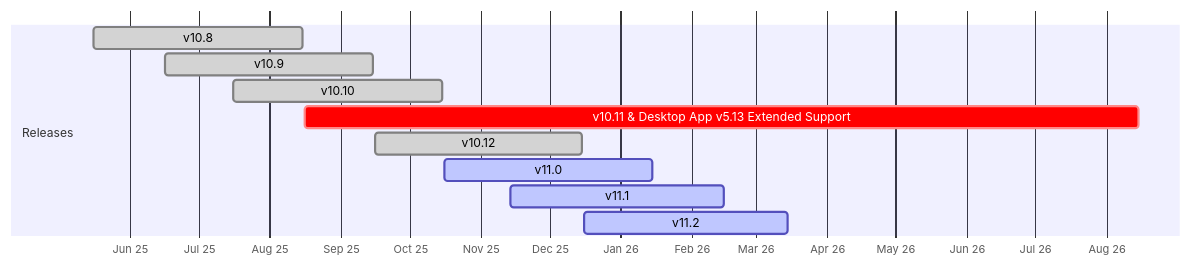
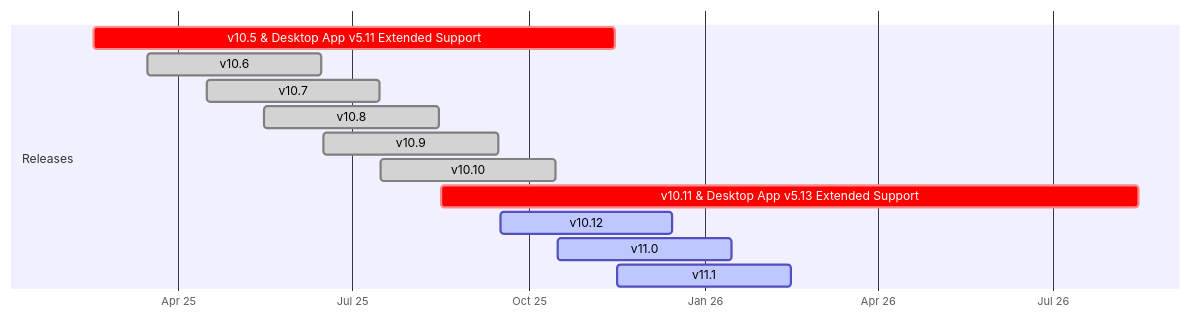
The diagram in source/product-overview/release-policy.md (mattermost/docs), drawn with Mermaid before and after one commit.

````diff
--- a/source/product-overview/release-policy.md
+++ b/source/product-overview/release-policy.md
@@ -44,16 +44,18 @@
 ```{mermaid}
 
 gantt
     dateFormat  YYYY-MM-DD
     axisFormat  %b %y
 
     section Releases
+    v10.5 & Desktop App v5.11 Extended Support :crit,    2025-02-16, 2025-11-15
+    v10.6                  :done, 2025-03-16, 2025-06-15
+    v10.7                  :done, 2025-04-16, 2025-07-15
     v10.8                  :done, 2025-05-16, 2025-08-15
     v10.9                  :done, 2025-06-16, 2025-09-15
     v10.10                 :done, 2025-07-16, 2025-10-15
     v10.11 & Desktop App v5.13 Extended Support :crit,    2025-08-16, 2026-08-15
-    v10.12                 :done, 2025-09-16, 2025-12-15
+    v10.12                 :active, 2025-09-16, 2025-12-15
     v11.0                  :active, 2025-10-16, 2026-01-15
-    v11.1                  :active, 2025-11-14, 2026-02-15
-    v11.2                  :active, 2025-12-16, 2026-03-15
+    v11.1                  :active, 2025-11-16, 2026-02-15
 ```
````
